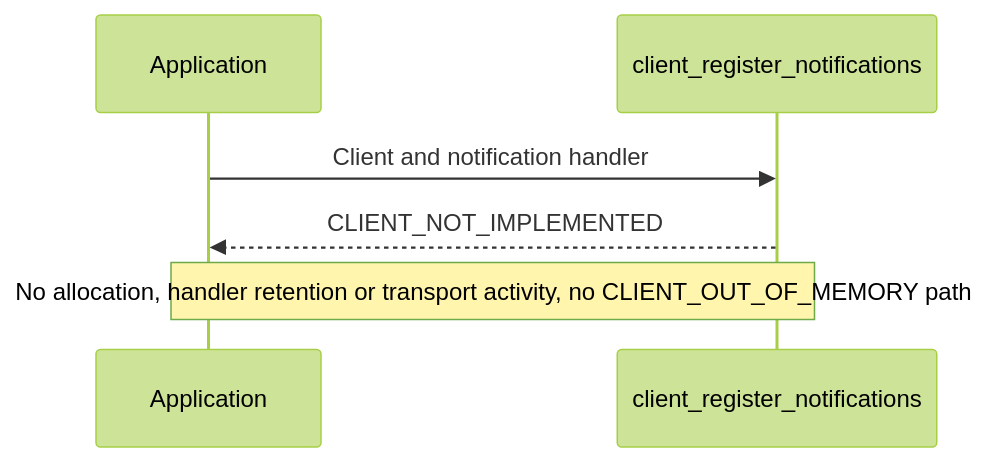
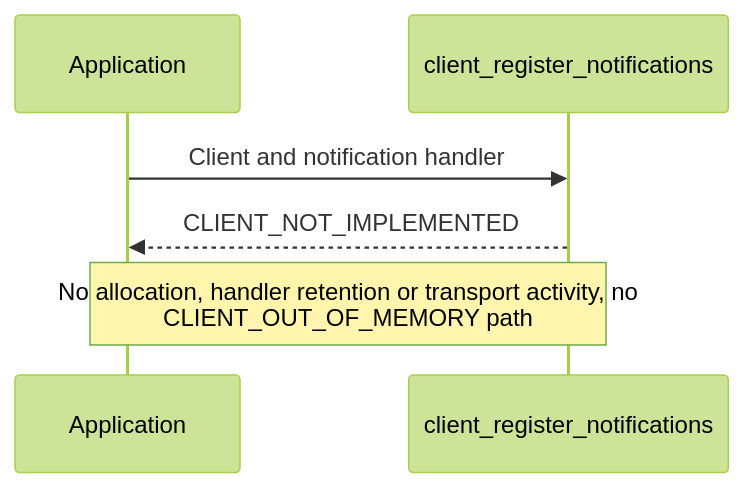
Diagram 13 of 38 in doc/EyilSecureGateway.md (rdkcentral/eyil-secure-gateway), drawn with Mermaid (forest theme) before and after one commit. The commit also changed other lines of this file, not shown here.

Commit message:
RDKEMW-27976: Remove Client's queue

````diff
--- a/doc/EyilSecureGateway.md
+++ b/doc/EyilSecureGateway.md
@@ -2123,8 +2443,8 @@
 ```mermaid
 sequenceDiagram
     participant A as Application
     participant API as client_register_notifications
     A->>API: Client and notification handler
     API-->>A: CLIENT_NOT_IMPLEMENTED
-    Note over A,API: No allocation, handler retention or transport activity, no CLIENT_OUT_OF_MEMORY path
+    Note over A,API: No allocation, handler retention or transport activity, no<br/>CLIENT_OUT_OF_MEMORY path
 ```
````
